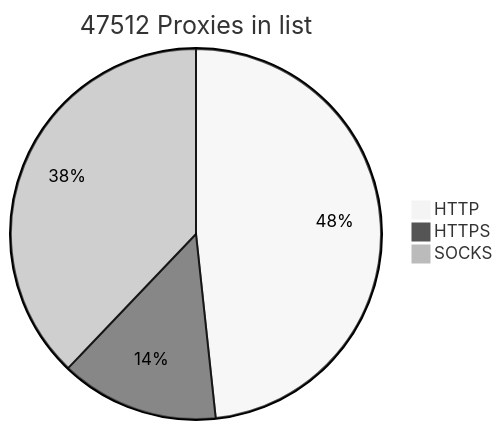
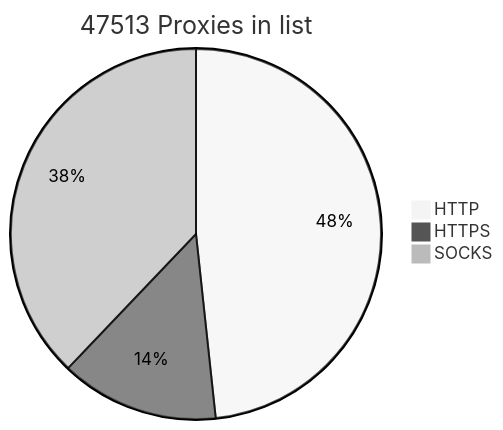
One commit to BlackSnowDot/proxylist-update-every-minute changed the diagram in README.md. Above: the diagram before and after it, drawn with Mermaid (neutral theme).

````diff
--- a/README.md
+++ b/README.md
@@ -2,6 +2,6 @@
 ```mermaid
-pie title 47512 Proxies in list
+pie title 47513 Proxies in list
     "HTTP" : 25649
     "HTTPS": 7338
-    "SOCKS" : 20114
+    "SOCKS" : 20115
 ```
````
